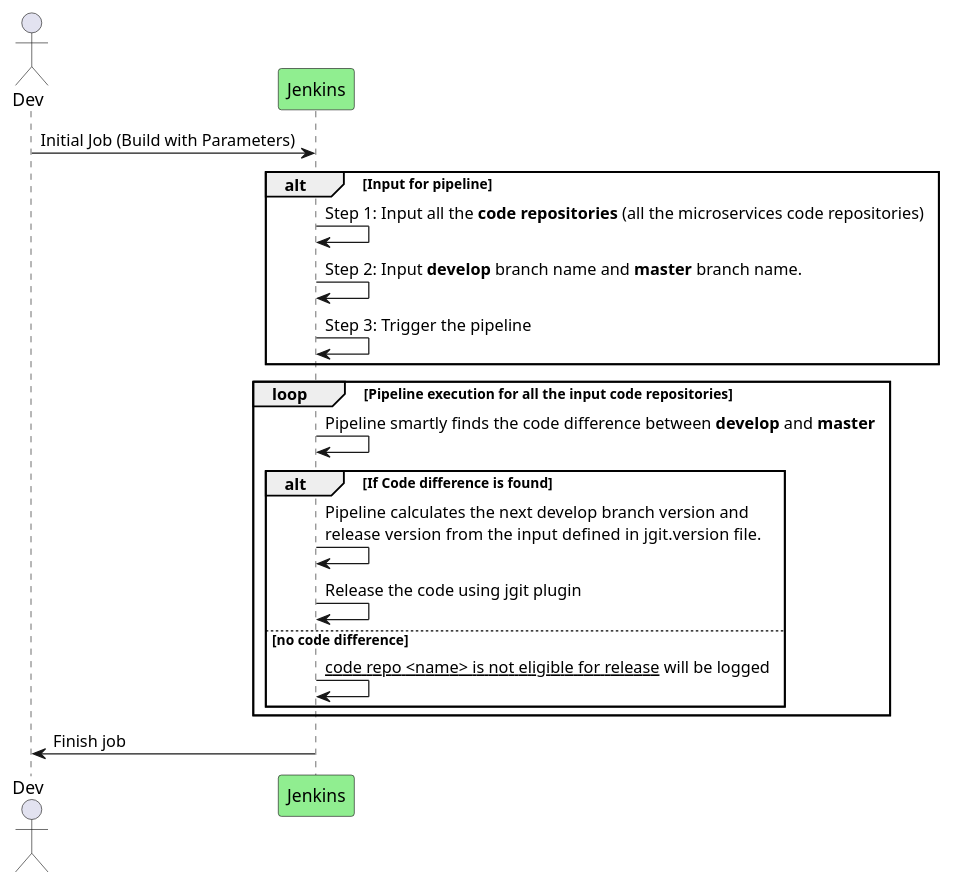
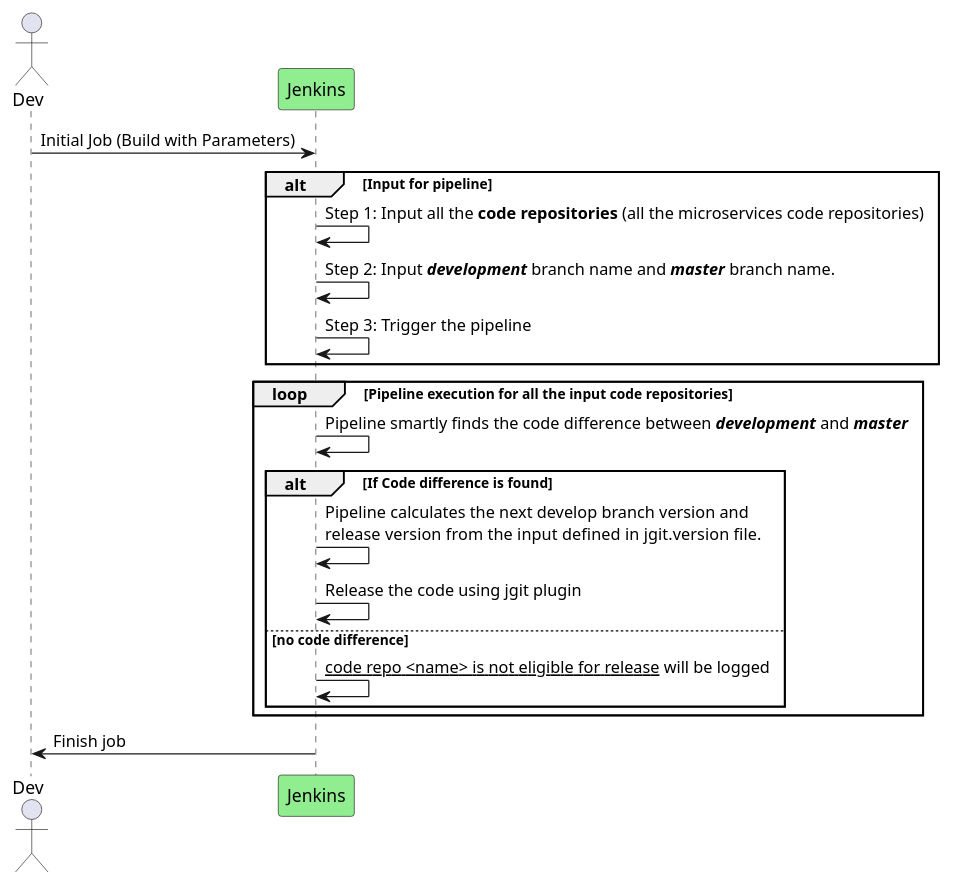
The diagram in docs/sequences/start-release.puml (techpleiad/jgit-jenkins-pipeline), drawn with PlantUML before and after one commit. The commit also changed 8 other files, not shown here.

```diff
--- a/docs/sequences/start-release.puml
+++ b/docs/sequences/start-release.puml
@@ -1,25 +1,25 @@
 @startuml
 actor "Dev" as dev
 participant "Jenkins" as jenkin #lightgreen
 
 dev -> jenkin : Initial Job (Build with Parameters)
 
 
 alt Input for pipeline
 jenkin -> jenkin: Step 1: Input all the **code repositories** (all the microservices code repositories)
-jenkin -> jenkin: Step 2: Input **develop** branch name and **master** branch name.
+jenkin -> jenkin: Step 2: Input **//development//** branch name and **//master//** branch name.
 jenkin -> jenkin: Step 3: Trigger the pipeline
 end
 
 loop Pipeline execution for all the input code repositories
-    jenkin -> jenkin: Pipeline smartly finds the code difference between **develop** and **master**
+    jenkin -> jenkin: Pipeline smartly finds the code difference between **//development//** and **//master//**
     alt If Code difference is found
        jenkin -> jenkin: Pipeline calculates the next develop branch version and\nrelease version  from the input defined in jgit.version file.
        jenkin -> jenkin: Release the code using jgit plugin
 
     else no code difference
         jenkin -> jenkin: __code repo <name> is not eligible for release__ will be logged
     end
 end
 jenkin -> dev: Finish job
 @enduml
```
